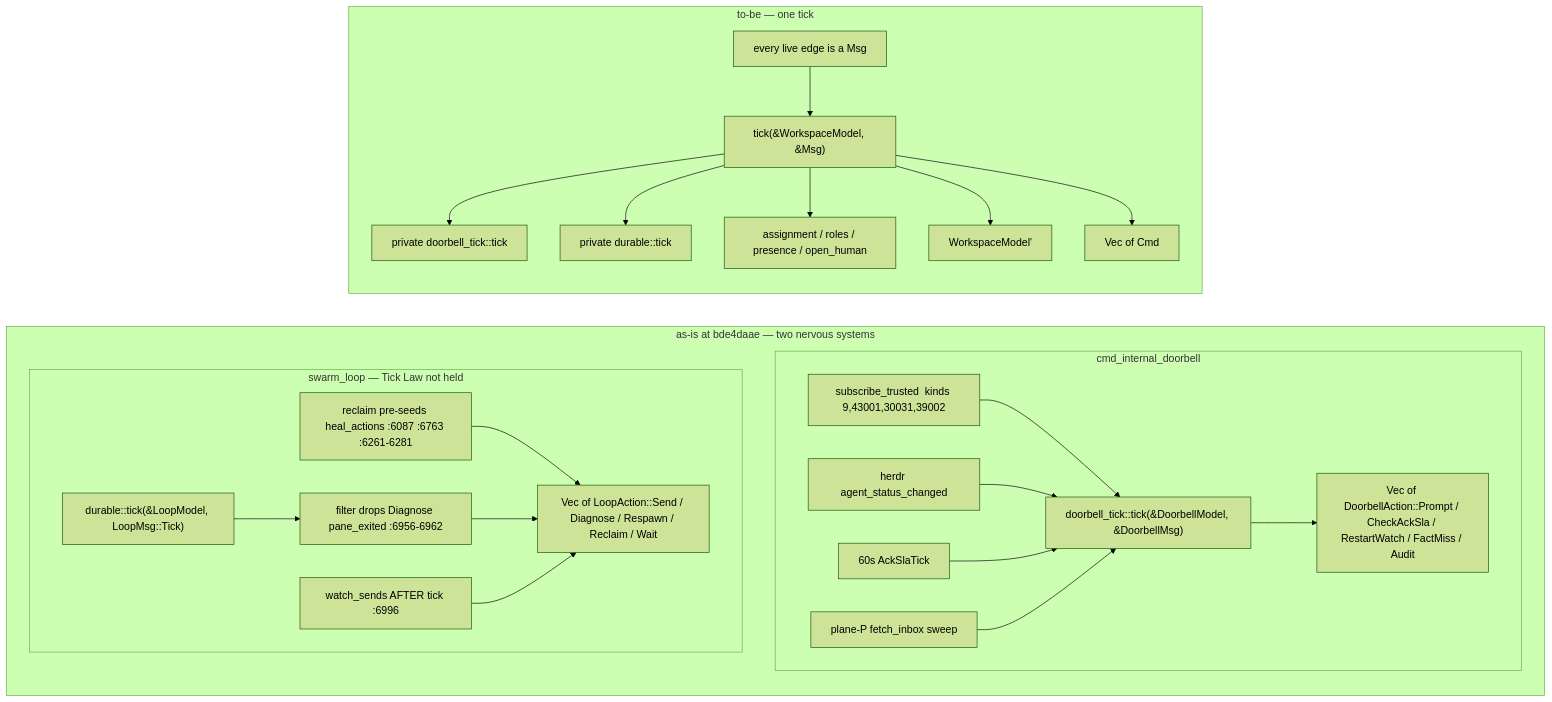
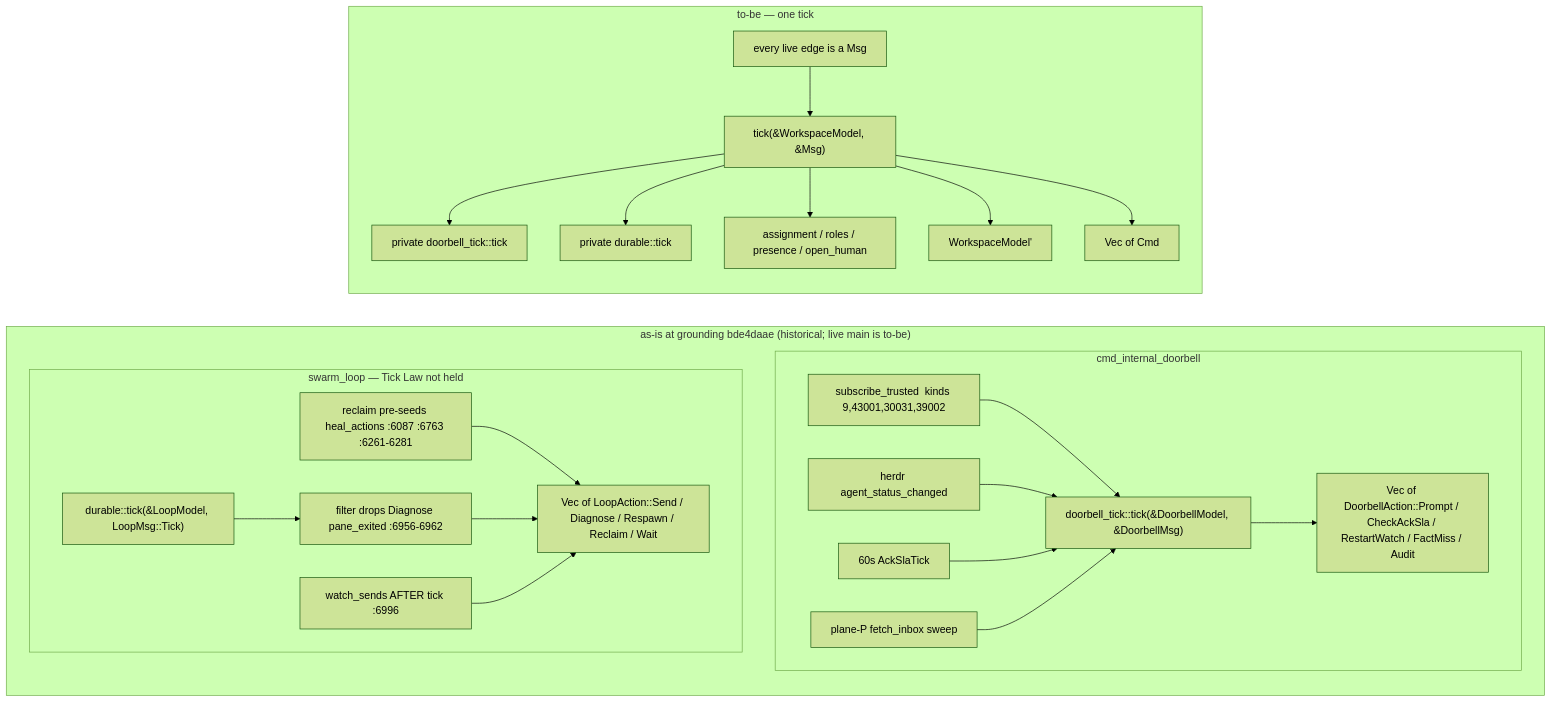
The second of 20 diagrams in docs/decisions/0027-one-workspace-tick-control-plane.md (bangedorrunt/toron), drawn with Mermaid (forest theme) before and after one commit. The commit also changed other lines of this file and 1 other file, not shown here.

First line of the commit message:
docs(adr-0027): Tick Law held on the live path

````diff
--- a/docs/decisions/0027-one-workspace-tick-control-plane.md
+++ b/docs/decisions/0027-one-workspace-tick-control-plane.md
@@ -85,29 +85,29 @@
 ```mermaid
 flowchart LR
-  subgraph now["as-is at bde4daae — two nervous systems"]
+  subgraph now["as-is at grounding bde4daae (historical; live main is to-be)"]
     direction TB
     subgraph bellNow["cmd_internal_doorbell"]
       st["subscribe_trusted  kinds 9,43001,30031,39002"] --> dtick["doorbell_tick::tick(&DoorbellModel, &DoorbellMsg)"]
       hs["herdr agent_status_changed"] --> dtick
       sla["60s AckSlaTick"] --> dtick
       sweep["plane-P fetch_inbox sweep"] --> dtick
       dtick --> dActs["Vec of DoorbellAction::Prompt / CheckAckSla / RestartWatch / FactMiss / Audit"]
     end
     subgraph loopNow["swarm_loop — Tick Law not held"]
       rec["reclaim pre-seeds heal_actions :6087 :6763 :6261-6281"] --> mix
       ltick["durable::tick(&LoopModel, LoopMsg::Tick)"] --> strip["filter drops Diagnose pane_exited :6956-6962"]
       strip --> mix
       after["watch_sends AFTER tick :6996"] --> mix
       mix["Vec of LoopAction::Send / Diagnose / Respawn / Reclaim / Wait"]
     end
   end
   subgraph later["to-be — one tick"]
     direction TB
     edge["every live edge is a Msg"] --> wt["tick(&WorkspaceModel, &Msg)"]
     wt --> privB["private doorbell_tick::tick"]
     wt --> privL["private durable::tick"]
     wt --> privA["assignment / roles / presence / open_human"]
     wt --> next["WorkspaceModel'"]
     wt --> cmds["Vec of Cmd"]
   end
 ```
````
